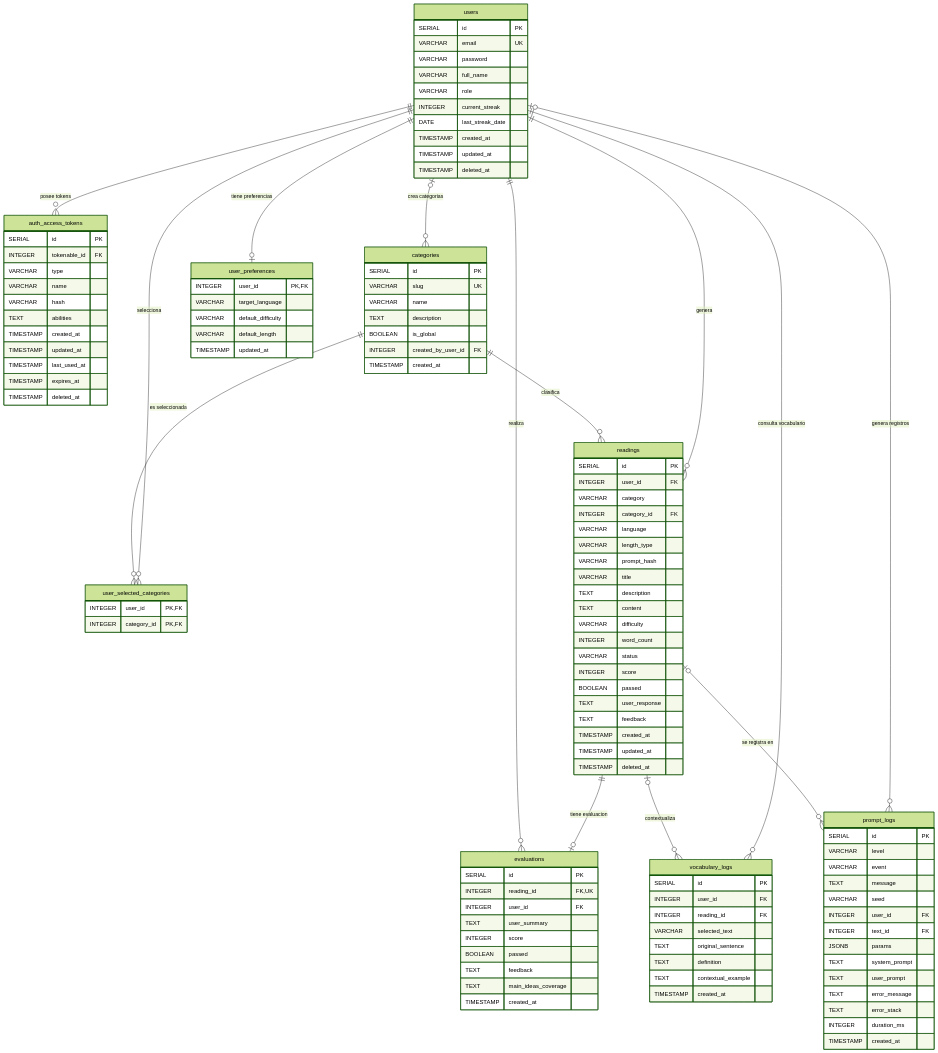
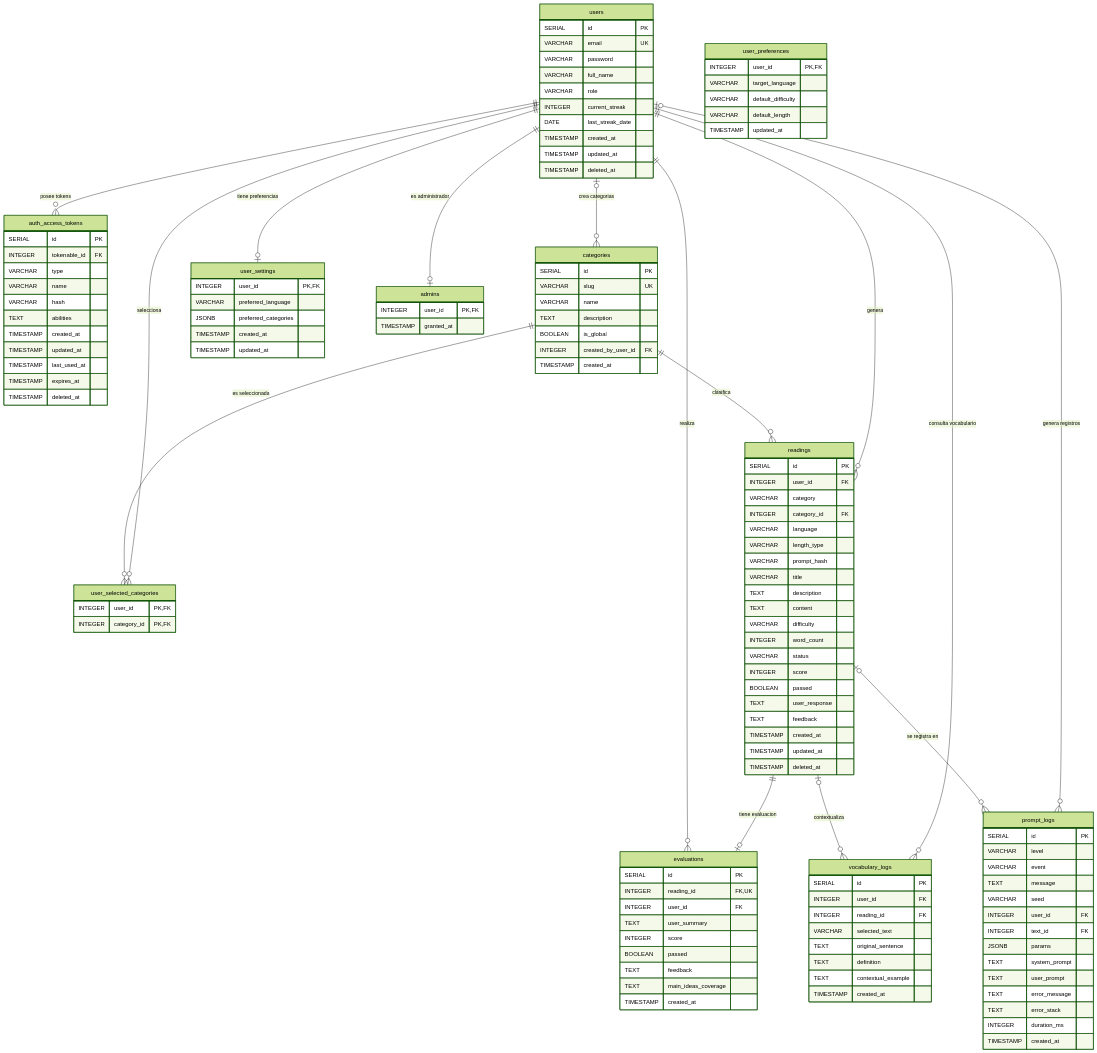
Before and after one commit to DolyLanguagesORG/dolynation-ehecatl-docs: the diagram in diagrams/diagrama-de-ER(Entidad-Relacion).md, drawn with Mermaid (forest theme). The commit also changed other lines of this file and 2 other files, not shown here.

Commit message:
docs(diagramas): que tablas existen hoy y cuales estan planificadas (#55)
El diccionario de datos y el diagrama ER describian el **modelo objetivo**
(`users.role`, `user_preferences`, `user_selected_categories`,
`categories`, `evaluations`, `vocabulary_logs`) y se leian como si fueran
la base real. Hoy existen seis tablas.

- Diccionario: cada tabla y cada columna dice si **existe** o esta
  **planificada**; se anaden `user_settings` y `admins`, y se quitan las
  que no existen todavia (`users.role`).
- Diagrama ER: las entidades planificadas quedan marcadas y se anaden las
  dos reales (`user_settings`, `admins`) con sus relaciones.
- `conventions/database.md`: se documenta la idea pendiente de que las
  migraciones se apliquen solas en el deploy (issue `infra#112`).

Refs #22

```diff
--- a/diagrams/diagrama-de-ER(Entidad-Relacion).md
+++ b/diagrams/diagrama-de-ER(Entidad-Relacion).md
@@ -31,6 +35,7 @@
         TIMESTAMP deleted_at
     }
 
+    %% planificada (sprint 2)
     categories {
         SERIAL id PK
         VARCHAR slug UK
@@ -41,6 +46,7 @@
         TIMESTAMP created_at
     }
 
+    %% no se creo: se sustituyo por user_settings
     user_preferences {
         INTEGER user_id PK, FK
         VARCHAR target_language
@@ -49,6 +55,7 @@
         TIMESTAMP updated_at
     }
 
+    %% no se creo: se sustituyo por user_settings
     user_selected_categories {
         INTEGER user_id PK, FK
         INTEGER category_id PK, FK
@@ -77,6 +84,7 @@
         TIMESTAMP deleted_at
     }
 
+    %% planificada (sprint 3)
     evaluations {
         SERIAL id PK
         INTEGER reading_id FK, UK
@@ -89,6 +97,7 @@
         TIMESTAMP created_at
     }
 
+    %% planificada (sprint 3)
     vocabulary_logs {
         SERIAL id PK
         INTEGER user_id FK
@@ -117,7 +126,25 @@
         TIMESTAMP created_at
     }
 
-    users ||--o| user_preferences : "tiene preferencias"
+    %% Las dos entidades que existen hoy y no estaban en el plan original:
+    %% user_settings (preferencias) reemplaza a user_preferences +
+    %% user_selected_categories, y admins (membresia de administrador)
+    %% reemplaza a la columna users.role.
+    user_settings {
+        INTEGER user_id PK, FK
+        VARCHAR preferred_language
+        JSONB preferred_categories
+        TIMESTAMP created_at
+        TIMESTAMP updated_at
+    }
+
+    admins {
+        INTEGER user_id PK, FK
+        TIMESTAMP granted_at
+    }
+
+    users ||--o| user_settings : "tiene preferencias"
+    users ||--o| admins : "es administrador"
     users ||--o{ auth_access_tokens : "posee tokens"
     users ||--o{ user_selected_categories : "selecciona"
     categories ||--o{ user_selected_categories : "es seleccionada"
```
